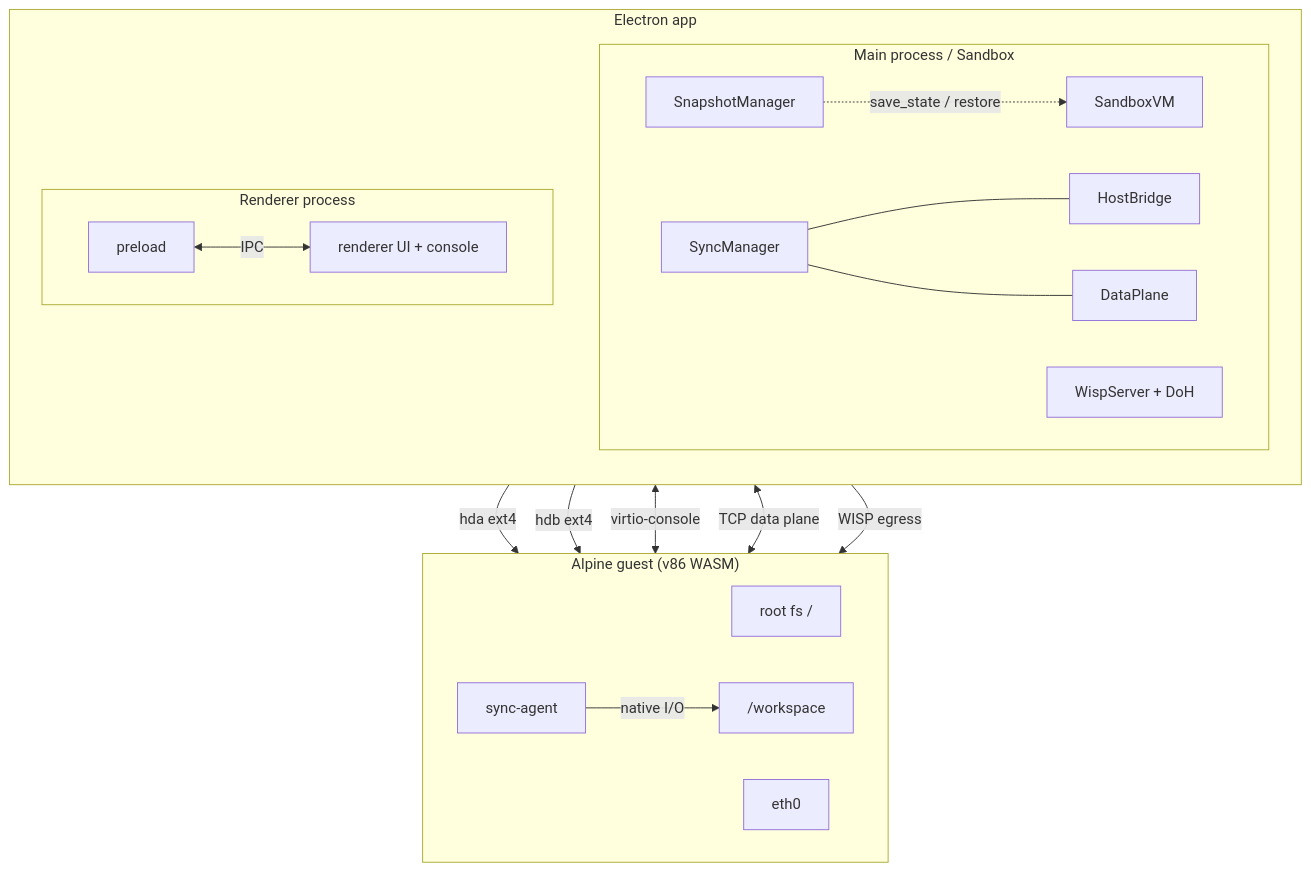
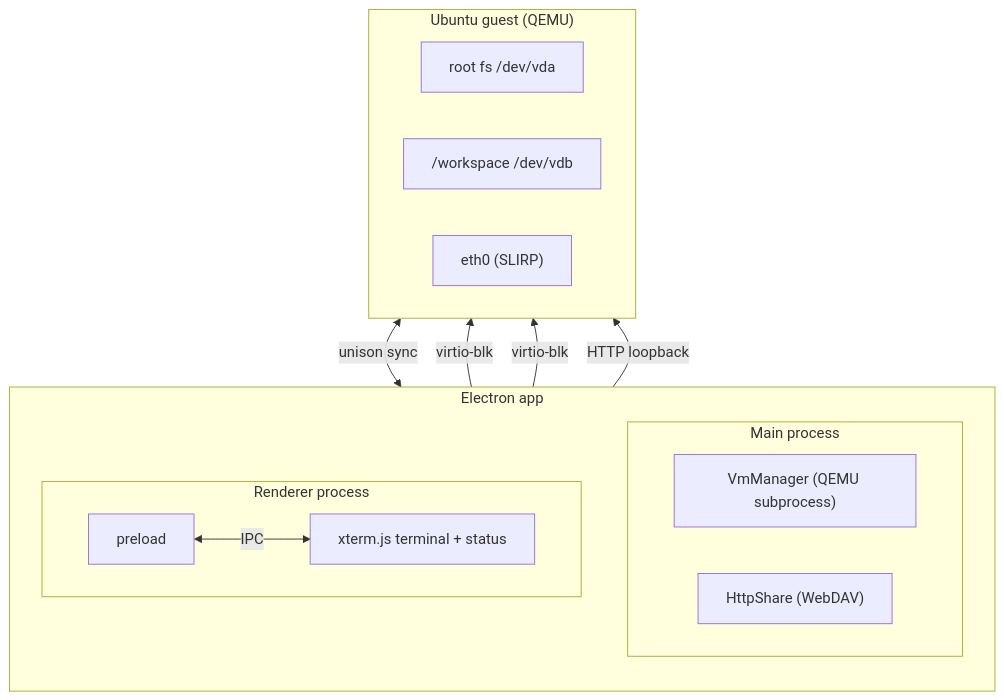
One commit to semidark/valencebox changed the diagram in sandbox/README.md. Above: the diagram before and after it, drawn with Mermaid. The commit also changed other lines of this file and 33 other files, not shown here.

````diff
--- a/sandbox/README.md
+++ b/sandbox/README.md
@@ -33,40 +10,30 @@
 ```mermaid
 flowchart TB
     subgraph App["Electron app"]
         direction TB
-        subgraph Host["Main process / Sandbox"]
+        subgraph Host["Main process"]
             direction LR
-            Snap["SnapshotManager"]
-            VM["SandboxVM"]
-            Sync["SyncManager"]
-            Bridge["HostBridge"]
-            Data["DataPlane"]
-            Wisp["WispServer + DoH"]
+            VM["VmManager (QEMU subprocess)"]
+            Share["HttpShare (WebDAV)"]
         end
 
         subgraph Render["Renderer process"]
             direction LR
             Preload["preload"]
-            Renderer["renderer UI + console"]
+            Renderer["xterm.js terminal + status"]
         end
     end
 
-    subgraph Guest["Alpine guest (v86 WASM)"]
+    subgraph Guest["Ubuntu guest (QEMU)"]
         direction LR
-        Root["root fs /"]
-        Agent["sync-agent"]
-        Work["/workspace"]
-        Net["eth0"]
+        Root["root fs /dev/vda"]
+        Work["/workspace /dev/vdb"]
+        Net["eth0 (SLIRP)"]
     end
 
-    Snap -.->|save_state / restore| VM
-    Sync --- Bridge
-    Sync --- Data
     Preload <-->|IPC| Renderer
-    VM -->|hda ext4| Root
-    VM -->|hdb ext4| Work
-    Bridge <-->|virtio-console| Agent
-    Data <-->|TCP data plane| Agent
-    Agent -->|native I/O| Work
-    Wisp -->|WISP egress| Net
+    VM -->|virtio-blk| Root
+    VM -->|virtio-blk| Work
+    Share -->|HTTP loopback| Net
+    Work <-->|unison sync| Share
 ```
````
